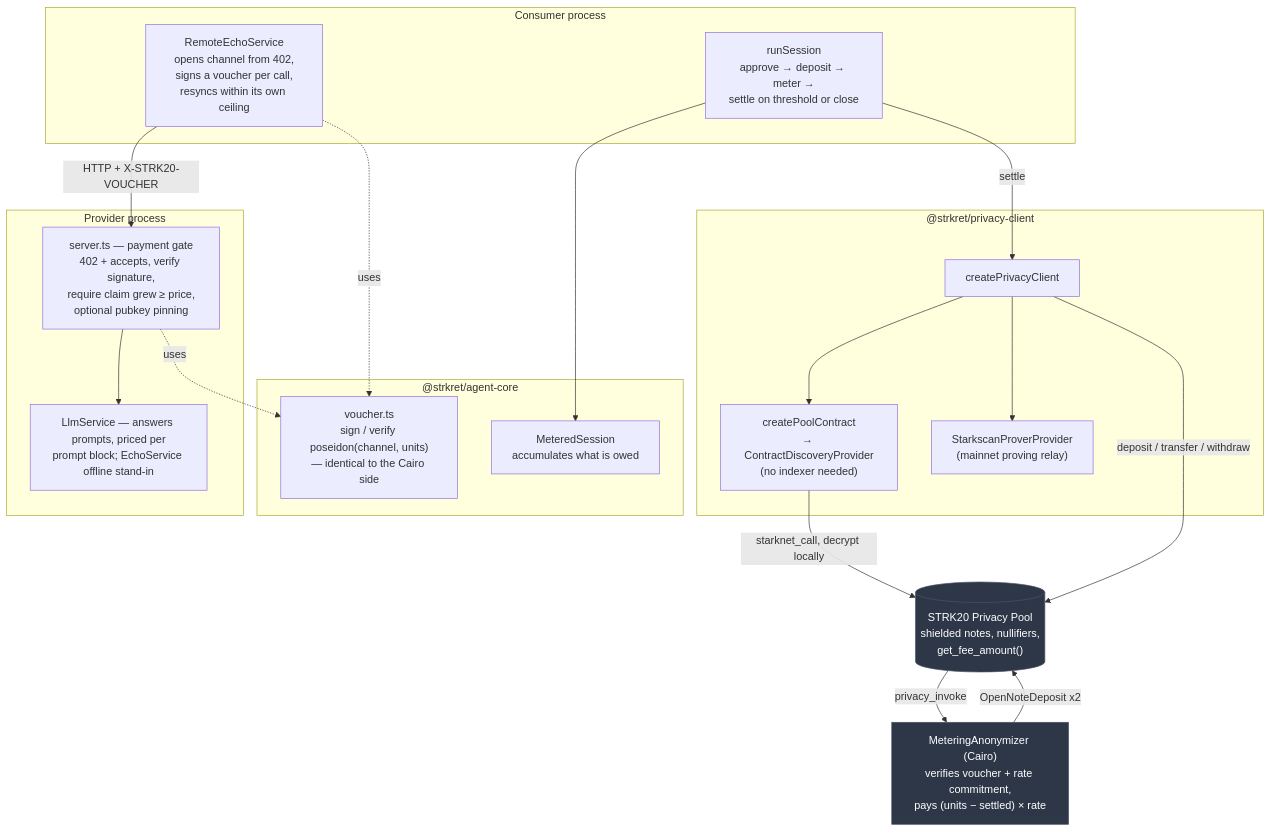
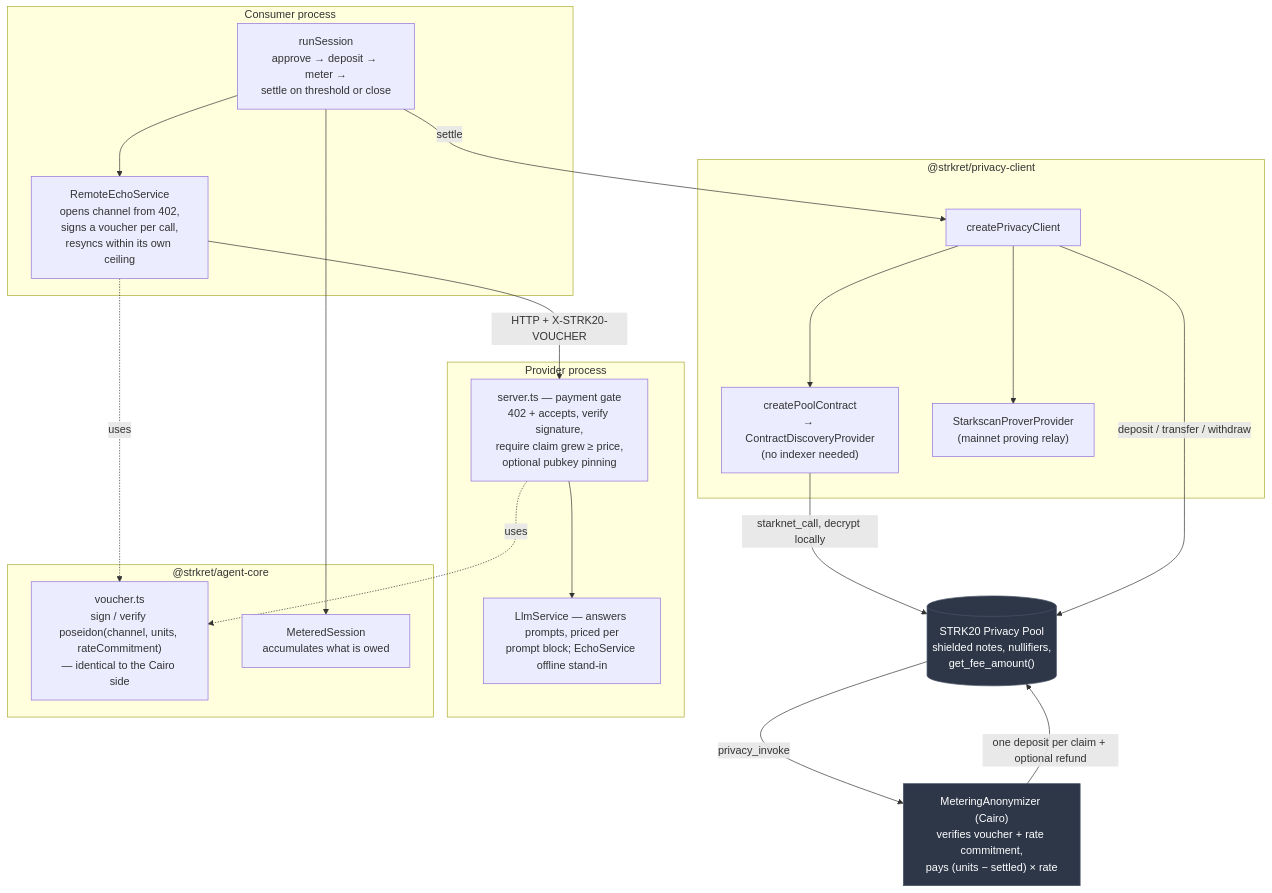
One commit to ayush4345/strkret changed the first of 2 diagrams in README.md. Above: the diagram before and after it, drawn with Mermaid. The commit also changed other lines of this file and 3 other files, not shown here.

````diff
--- a/README.md
+++ b/README.md
@@ -263,42 +266,43 @@
 ```mermaid
 flowchart TB
     subgraph CP["Consumer process"]
         RES["RemoteEchoService<br/>opens channel from 402,<br/>signs a voucher per call,<br/>resyncs within its own ceiling"]
         RUN["runSession<br/>approve → deposit → meter →<br/>settle on threshold or close"]
     end
 
     subgraph PP["Provider process"]
         SRV["server.ts — payment gate<br/>402 + accepts, verify signature,<br/>require claim grew ≥ price,<br/>optional pubkey pinning"]
         SVC["LlmService — answers prompts, priced per<br/>prompt block; EchoService offline stand-in"]
     end
 
     subgraph CORE["@strkret/agent-core"]
-        VOU["voucher.ts<br/>sign / verify poseidon(channel, units)<br/>— identical to the Cairo side"]
+        VOU["voucher.ts<br/>sign / verify poseidon(channel, units, rateCommitment)<br/>— identical to the Cairo side"]
         MET["MeteredSession<br/>accumulates what is owed"]
     end
 
     subgraph PCL["@strkret/privacy-client"]
         CLI["createPrivacyClient"]
         DISC["createPoolContract<br/>→ ContractDiscoveryProvider<br/>(no indexer needed)"]
         PROV["StarkscanProverProvider<br/>(mainnet proving relay)"]
     end
 
     POOL[("STRK20 Privacy Pool<br/>shielded notes, nullifiers,<br/>get_fee_amount()")]
     ANON["MeteringAnonymizer (Cairo)<br/>verifies voucher + rate commitment,<br/>pays (units − settled) × rate"]
 
     RES -->|"HTTP + X-STRK20-VOUCHER"| SRV
     SRV --> SVC
     RES -.uses.-> VOU
     SRV -.uses.-> VOU
     RUN --> MET
+    RUN --> RES
     RUN -->|"settle"| CLI
     CLI --> DISC
     CLI --> PROV
     DISC -->|"starknet_call, decrypt locally"| POOL
     CLI -->|"deposit / transfer / withdraw"| POOL
     POOL -->|"privacy_invoke"| ANON
-    ANON -->|"OpenNoteDeposit x2"| POOL
+    ANON -->|"one deposit per claim + optional refund"| POOL
 
     classDef chain fill:#2d3748,stroke:#4a5568,color:#fff
     class POOL,ANON chain
 ```
````
